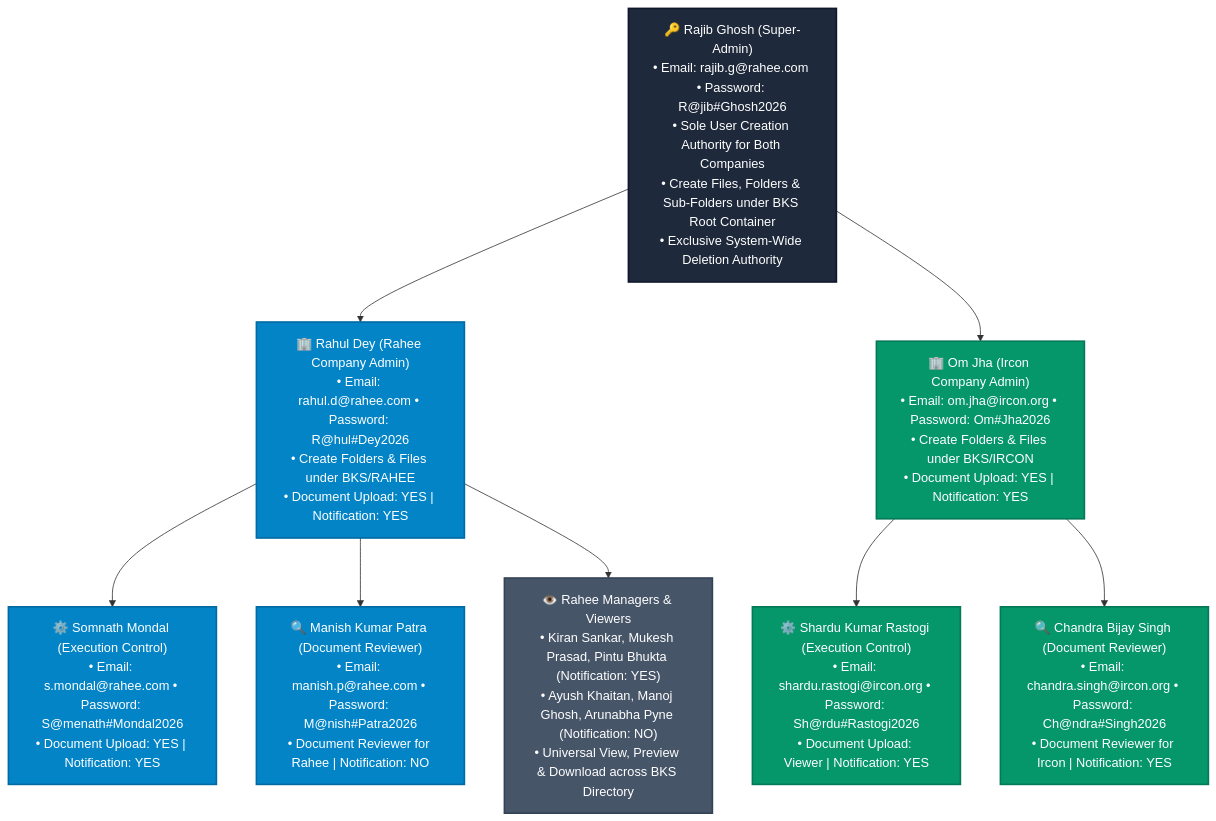
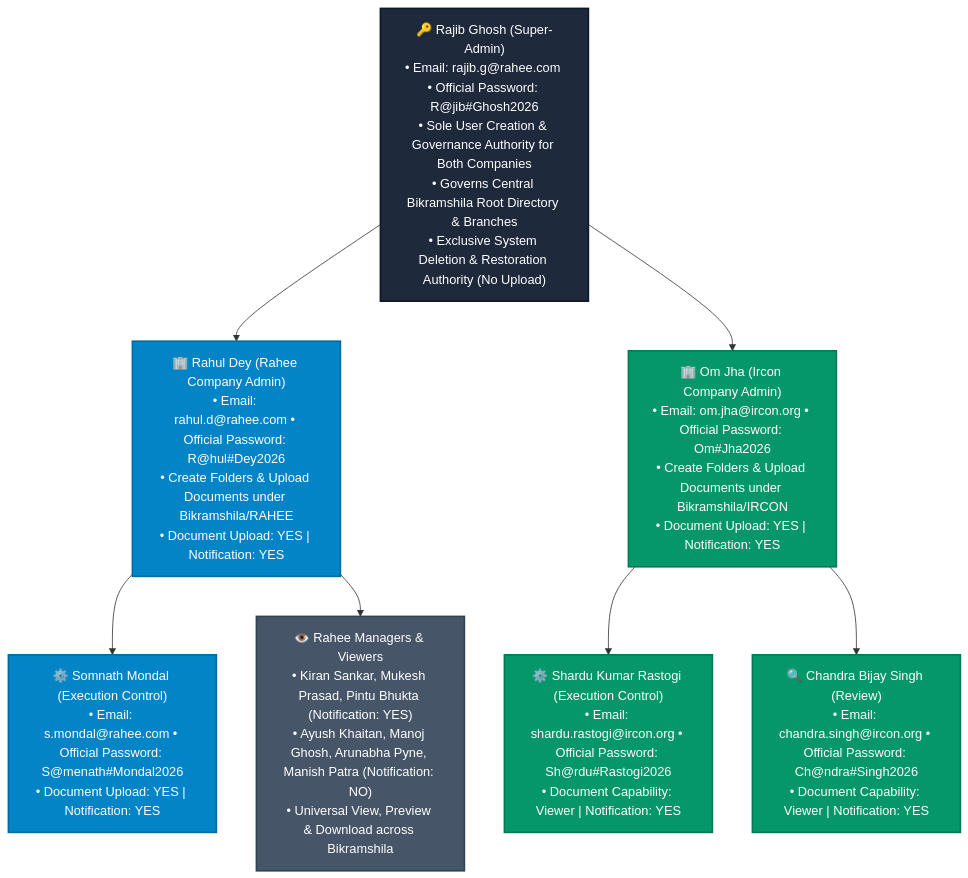
The diagram in ENTERPRISE_DMS_MASTER_SPECIFICATION.md (span658/DMS-Rahee-Infratech-Limited-Production), drawn with Mermaid before and after one commit. The commit also changed other lines of this file and 85 other files, not shown here.

````diff
--- a/ENTERPRISE_DMS_MASTER_SPECIFICATION.md
+++ b/ENTERPRISE_DMS_MASTER_SPECIFICATION.md
@@ -10,23 +10,21 @@
 ```mermaid
 flowchart TD
     classDef superStyle fill:#1e293b,stroke:#0f172a,stroke-width:2px,color:#ffffff
     classDef raheeStyle fill:#0284c7,stroke:#0369a1,stroke-width:2px,color:#ffffff
     classDef irconStyle fill:#059669,stroke:#047857,stroke-width:2px,color:#ffffff
     classDef viewStyle fill:#475569,stroke:#334155,stroke-width:2px,color:#ffffff
 
-    SuperAdmin["🔑 Rajib Ghosh (Super-Admin)<br/>• Email: rajib.g@rahee.com &bull; Password: R@jib#Ghosh2026<br/>• Sole User Creation Authority for Both Companies<br/>• Create Files, Folders & Sub-Folders under BKS Root Container<br/>• Exclusive System-Wide Deletion Authority"]:::superStyle
+    SuperAdmin["🔑 Rajib Ghosh (Super-Admin)<br/>• Email: rajib.g@rahee.com &bull; Official Password: R@jib#Ghosh2026<br/>• Sole User Creation & Governance Authority for Both Companies<br/>• Governs Central Bikramshila Root Directory & Branches<br/>• Exclusive System Deletion & Restoration Authority (No Upload)"]:::superStyle
 
-    SuperAdmin --> RaheeAdmin["🏢 Rahul Dey (Rahee Company Admin)<br/>• Email: rahul.d@rahee.com &bull; Password: R@hul#Dey2026<br/>• Create Folders & Files under BKS/RAHEE<br/>• Document Upload: YES | Notification: YES"]:::raheeStyle
+    SuperAdmin --> RaheeAdmin["🏢 Rahul Dey (Rahee Company Admin)<br/>• Email: rahul.d@rahee.com &bull; Official Password: R@hul#Dey2026<br/>• Create Folders & Upload Documents under Bikramshila/RAHEE<br/>• Document Upload: YES | Notification: YES"]:::raheeStyle
 
-    SuperAdmin --> IrconAdmin["🏢 Om Jha (Ircon Company Admin)<br/>• Email: om.jha@ircon.org &bull; Password: Om#Jha2026<br/>• Create Folders & Files under BKS/IRCON<br/>• Document Upload: YES | Notification: YES"]:::irconStyle
+    SuperAdmin --> IrconAdmin["🏢 Om Jha (Ircon Company Admin)<br/>• Email: om.jha@ircon.org &bull; Official Password: Om#Jha2026<br/>• Create Folders & Upload Documents under Bikramshila/IRCON<br/>• Document Upload: YES | Notification: YES"]:::irconStyle
 
-    RaheeAdmin --> RaheeExec["⚙️ Somnath Mondal (Execution Control)<br/>• Email: s.mondal@rahee.com &bull; Password: S@menath#Mondal2026<br/>• Document Upload: YES | Notification: YES"]:::raheeStyle
+    RaheeAdmin --> RaheeExec["⚙️ Somnath Mondal (Execution Control)<br/>• Email: s.mondal@rahee.com &bull; Official Password: S@menath#Mondal2026<br/>• Document Upload: YES | Notification: YES"]:::raheeStyle
 
-    RaheeAdmin --> RaheeReview["🔍 Manish Kumar Patra (Document Reviewer)<br/>• Email: manish.p@rahee.com &bull; Password: M@nish#Patra2026<br/>• Document Reviewer for Rahee | Notification: NO"]:::raheeStyle
+    RaheeAdmin --> RaheeViewers["👁️ Rahee Managers & Viewers<br/>• Kiran Sankar, Mukesh Prasad, Pintu Bhukta (Notification: YES)<br/>• Ayush Khaitan, Manoj Ghosh, Arunabha Pyne, Manish Patra (Notification: NO)<br/>• Universal View, Preview & Download across Bikramshila"]:::viewStyle
 
-    RaheeAdmin --> RaheeViewers["👁️ Rahee Managers & Viewers<br/>• Kiran Sankar, Mukesh Prasad, Pintu Bhukta (Notification: YES)<br/>• Ayush Khaitan, Manoj Ghosh, Arunabha Pyne (Notification: NO)<br/>• Universal View, Preview & Download across BKS Directory"]:::viewStyle
+    IrconAdmin --> IrconExec["⚙️ Shardu Kumar Rastogi (Execution Control)<br/>• Email: shardu.rastogi@ircon.org &bull; Official Password: Sh@rdu#Rastogi2026<br/>• Document Capability: Viewer | Notification: YES"]:::irconStyle
 
-    IrconAdmin --> IrconExec["⚙️ Shardu Kumar Rastogi (Execution Control)<br/>• Email: shardu.rastogi@ircon.org &bull; Password: Sh@rdu#Rastogi2026<br/>• Document Upload: Viewer | Notification: YES"]:::irconStyle
-
-    IrconAdmin --> IrconReview["🔍 Chandra Bijay Singh (Document Reviewer)<br/>• Email: chandra.singh@ircon.org &bull; Password: Ch@ndra#Singh2026<br/>• Document Reviewer for Ircon | Notification: YES"]:::irconStyle
+    IrconAdmin --> IrconReview["🔍 Chandra Bijay Singh (Review)<br/>• Email: chandra.singh@ircon.org &bull; Official Password: Ch@ndra#Singh2026<br/>• Document Capability: Viewer | Notification: YES"]:::irconStyle
 ```
````
